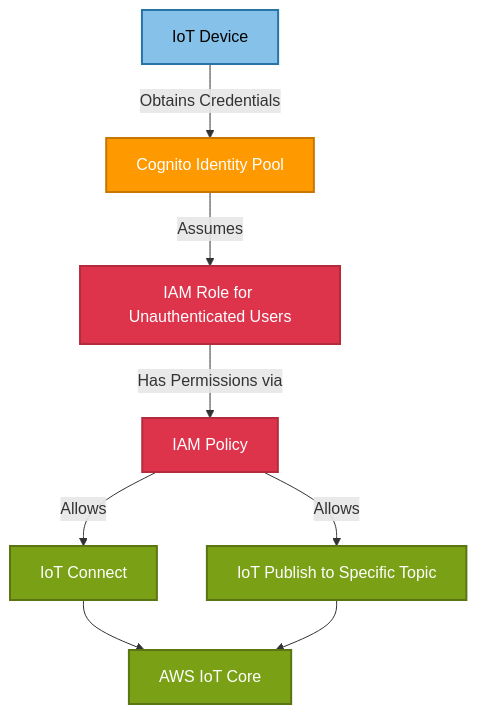
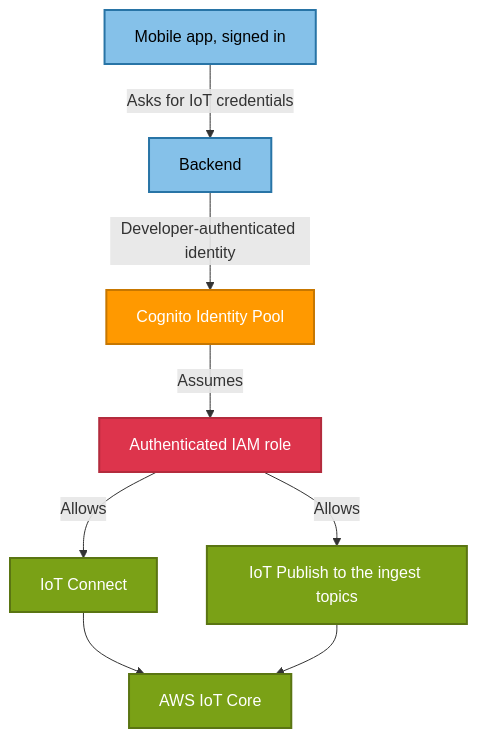
Before and after one commit to Jan-IngenHousz-Institute/open-jii: the diagram in infrastructure/modules/cognito/README.md, drawn with Mermaid. The commit also changed other lines of this file and 7 other files, not shown here.

````diff
--- a/infrastructure/modules/cognito/README.md
+++ b/infrastructure/modules/cognito/README.md
@@ -9,18 +11,18 @@
 ```mermaid
 graph TD;
-    A[IoT Device] -->|Obtains Credentials| B[Cognito Identity Pool]
-    B -->|Assumes| C[IAM Role for Unauthenticated Users]
-    C -->|Has Permissions via| D[IAM Policy]
+    A[Mobile app, signed in] -->|Asks for IoT credentials| B[Backend]
+    B -->|Developer-authenticated identity| C[Cognito Identity Pool]
+    C -->|Assumes| D[Authenticated IAM role]
     D -->|Allows| E[IoT Connect]
-    D -->|Allows| F[IoT Publish to Specific Topic]
+    D -->|Allows| F[IoT Publish to the ingest topics]
     E --> G[AWS IoT Core]
     F --> G
 
     style A fill:#85C1E9,stroke:#2874A6,color:black,stroke-width:2px;
-    style B fill:#FF9900,stroke:#C77700,color:white,stroke-width:2px;
-    style C fill:#DD344C,stroke:#B32B3D,color:white,stroke-width:2px;
+    style B fill:#85C1E9,stroke:#2874A6,color:black,stroke-width:2px;
+    style C fill:#FF9900,stroke:#C77700,color:white,stroke-width:2px;
     style D fill:#DD344C,stroke:#B32B3D,color:white,stroke-width:2px;
     style E fill:#7AA116,stroke:#5A7512,color:white,stroke-width:2px;
     style F fill:#7AA116,stroke:#5A7512,color:white,stroke-width:2px;
     style G fill:#7AA116,stroke:#5A7512,color:white,stroke-width:2px;
 ```
````
